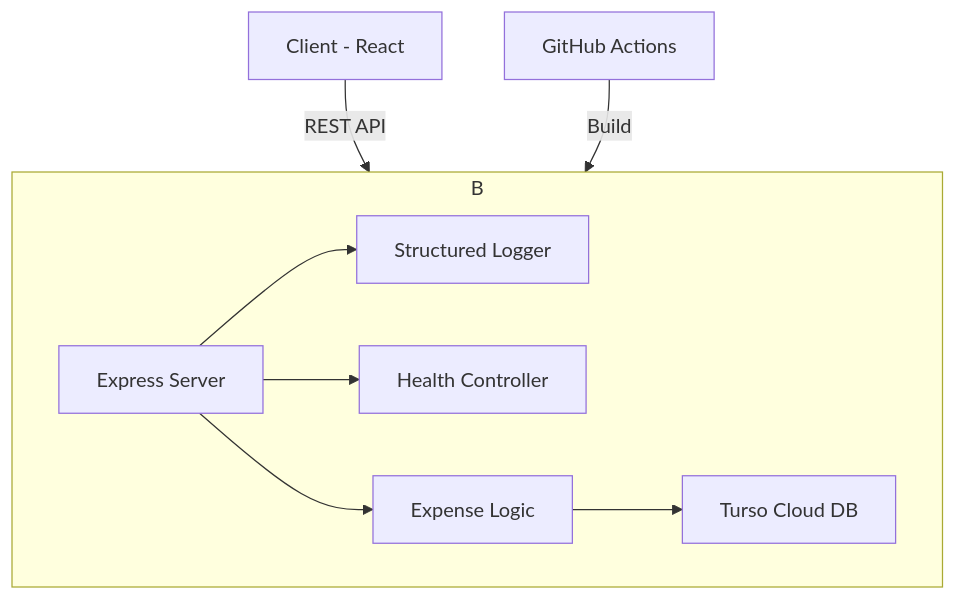
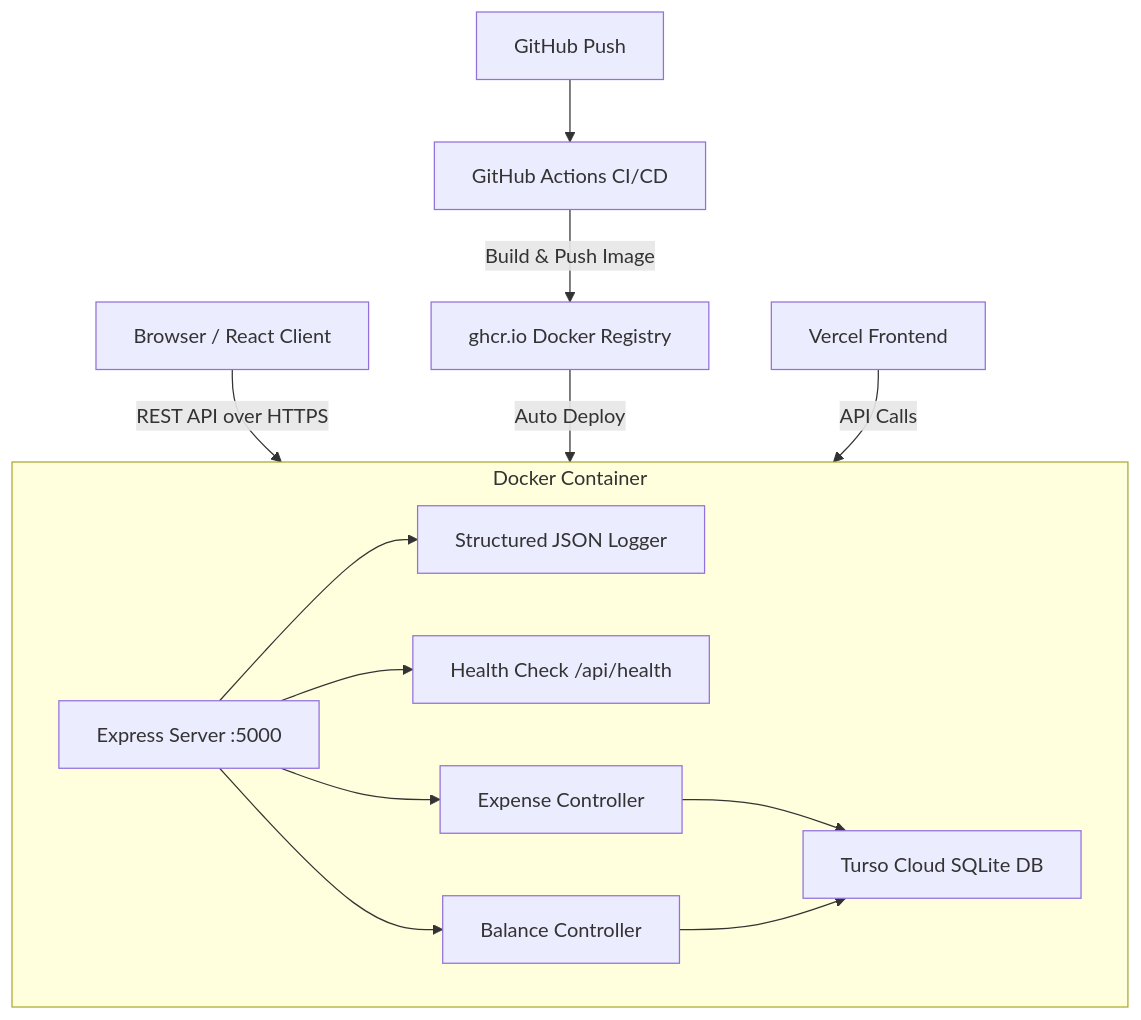
Before and after one commit to param3118/pocketsplit: the diagram in pocketsplit/README.md, drawn with Mermaid. The commit also changed other lines of this file and 12 other files, not shown here.

````diff
--- a/pocketsplit/README.md
+++ b/pocketsplit/README.md
@@ -58,11 +43,16 @@
 ```mermaid
 graph TD
-    A[Client - React] -->|REST API| B[Docker Container]
-    subgraph B
-        C[Express Server] --> D[Structured Logger]
-        C --> E[Health Controller]
-        C --> F[Expense Logic]
-        F --> G[Turso Cloud DB]
+    A[Browser / React Client] -->|REST API over HTTPS| B[Docker Container on Render]
+    subgraph B[Docker Container]
+        C[Express Server :5000] --> D[Structured JSON Logger]
+        C --> E[Health Check /api/health]
+        C --> F[Expense Controller]
+        C --> G[Balance Controller]
+        F --> H[Turso Cloud SQLite DB]
+        G --> H
     end
-    I[GitHub Actions] -->|Build| B
+    I[GitHub Push] --> J[GitHub Actions CI/CD]
+    J -->|Build & Push Image| K[ghcr.io Docker Registry]
+    K -->|Auto Deploy| B
+    A2[Vercel Frontend] -->|API Calls| B
 ```
````
